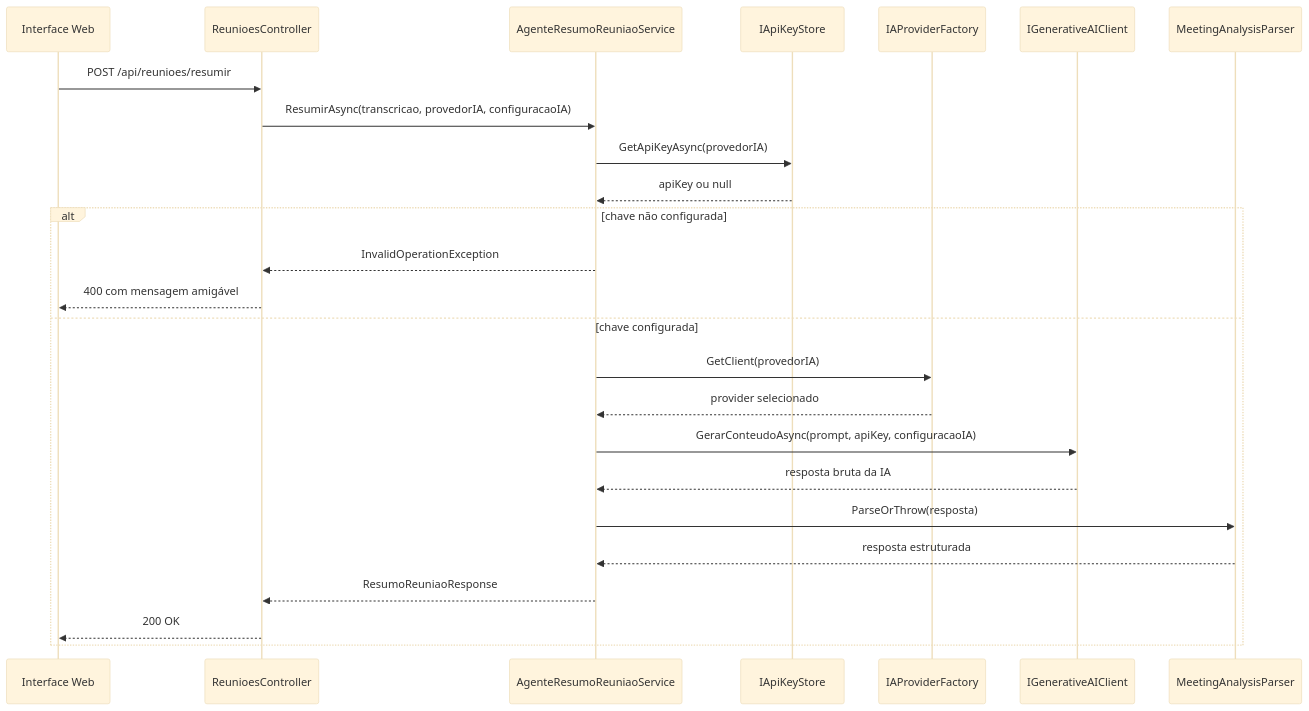
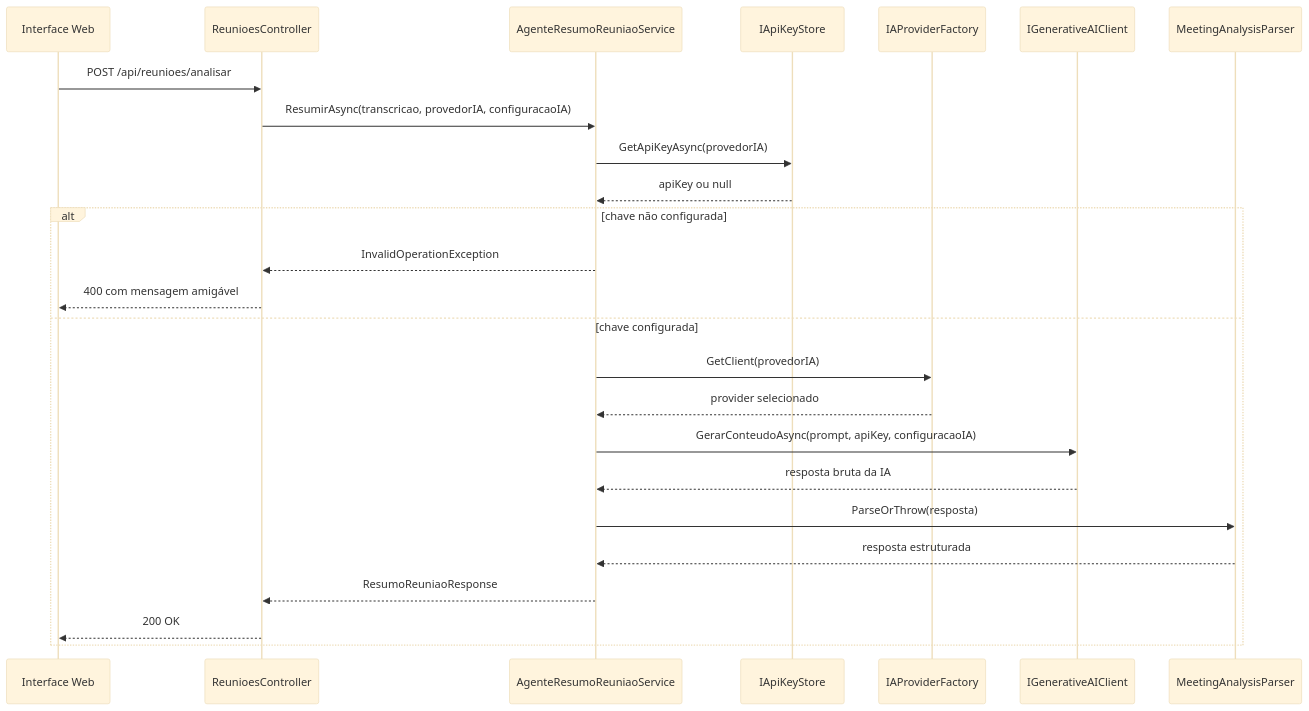
One commit to MarceloPV2020/EasyMeet changed the second of 4 diagrams in docs/UML.md. Above: the diagram before and after it, drawn with Mermaid (base theme). The commit also changed 9 other files, not shown here.

````diff
--- a/docs/UML.md
+++ b/docs/UML.md
@@ -92,29 +92,29 @@
 ```mermaid
 sequenceDiagram
     participant UI as Interface Web
     participant RC as ReunioesController
     participant ARS as AgenteResumoReuniaoService
     participant KS as IApiKeyStore
     participant PF as IAProviderFactory
     participant AI as IGenerativeAIClient
     participant Parser as MeetingAnalysisParser
 
-    UI->>RC: POST /api/reunioes/resumir
+    UI->>RC: POST /api/reunioes/analisar
     RC->>ARS: ResumirAsync(transcricao, provedorIA, configuracaoIA)
     ARS->>KS: GetApiKeyAsync(provedorIA)
     KS-->>ARS: apiKey ou null
 
     alt chave não configurada
       ARS-->>RC: InvalidOperationException
       RC-->>UI: 400 com mensagem amigável
     else chave configurada
       ARS->>PF: GetClient(provedorIA)
       PF-->>ARS: provider selecionado
       ARS->>AI: GerarConteudoAsync(prompt, apiKey, configuracaoIA)
       AI-->>ARS: resposta bruta da IA
       ARS->>Parser: ParseOrThrow(resposta)
       Parser-->>ARS: resposta estruturada
       ARS-->>RC: ResumoReuniaoResponse
       RC-->>UI: 200 OK
     end
 ```
````
